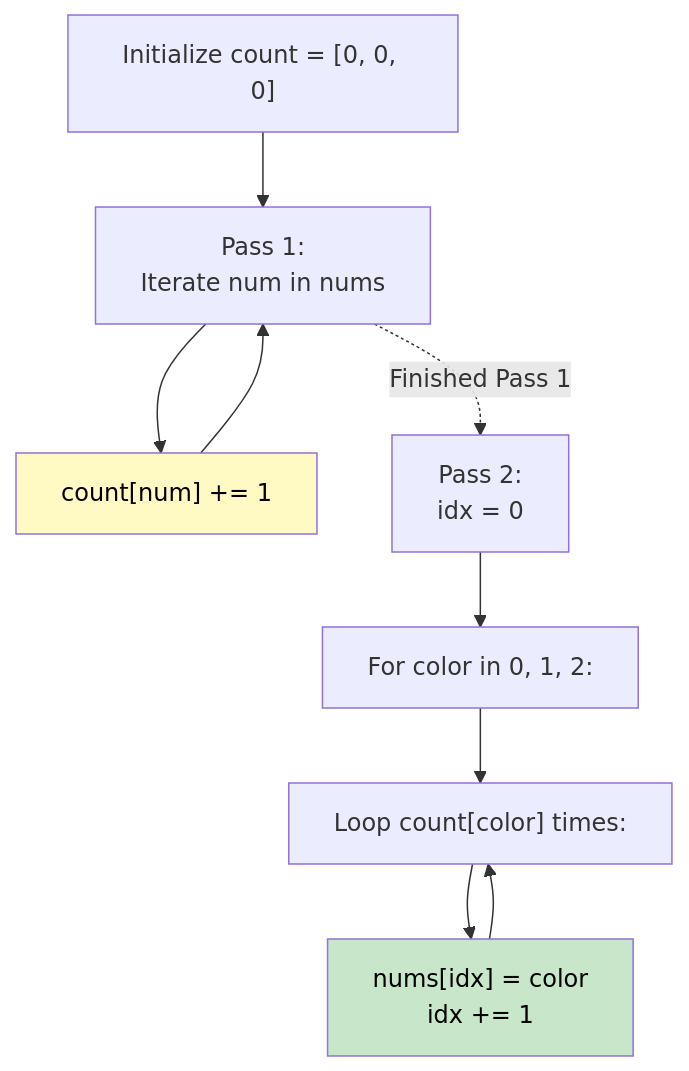
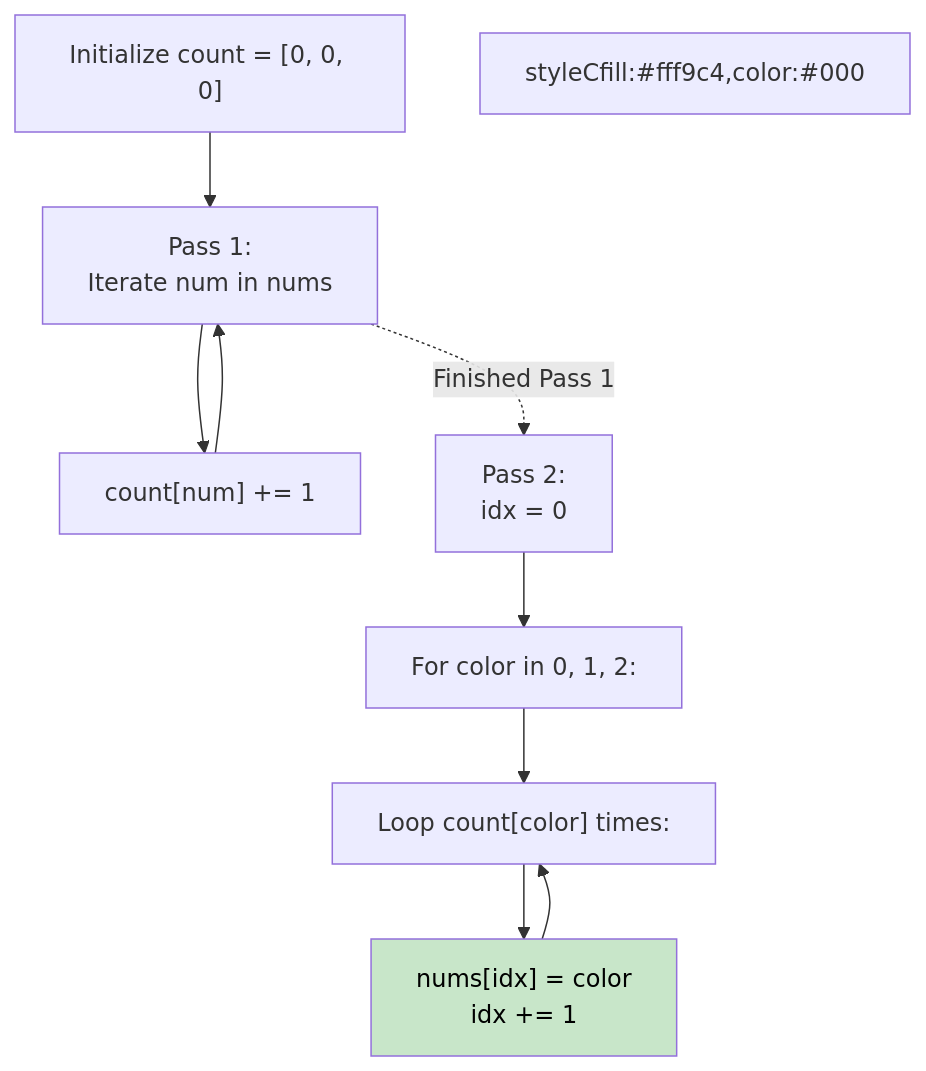
One commit to vadde/DSA changed the diagram in 35 - Linear Sorting Algorithm/problem_01_sort_colors_walkthrough.md. Above: the diagram before and after it, drawn with Mermaid. The commit also changed 245 other files, not shown here.

First line of the commit message:
fix: Forensic fix of all Mermaid rendering issues across entire DSA repo + add pre-commit validation infrastructure

````diff
--- a/35 - Linear Sorting Algorithm/problem_01_sort_colors_walkthrough.md
+++ b/35 - Linear Sorting Algorithm/problem_01_sort_colors_walkthrough.md
@@ -38,15 +38,15 @@
 ```mermaid
 flowchart TD
     A["Initialize count = [0, 0, 0]"] --> B["Pass 1:\nIterate num in nums"]
     B --> C["count[num] += 1"]
     C --> B
-    
-    B -.->|Finished Pass 1| D["Pass 2:\nidx = 0"]
+
+B -.->|Finished Pass 1| D["Pass 2:\nidx = 0"]
     D --> E["For color in 0, 1, 2:"]
     E --> F["Loop count[color] times:"]
     F --> G["nums[idx] = color\nidx += 1"]
     G --> F
-    
-    style C fill:#fff9c4,color:#000
+
+styleCfill:#fff9c4,color:#000
     style G fill:#c8e6c9,color:#000
 ```
````
